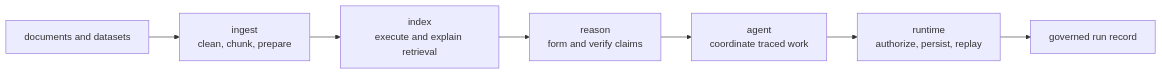
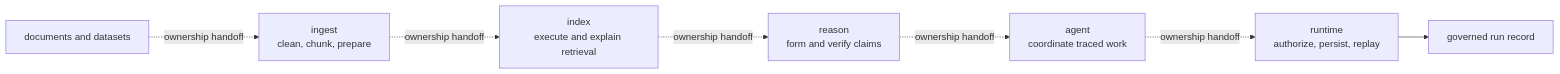
Before and after one commit to bijux/bijux-canon: the first of 2 diagrams in README.md, drawn with Mermaid. The commit also changed other lines of this file and 2 other files, not shown here.

````diff
--- a/README.md
+++ b/README.md
@@ -84,12 +84,17 @@
 ```mermaid
 flowchart LR
     source["documents and datasets"]
     ingest["ingest<br/>clean, chunk, prepare"]
     index["index<br/>execute and explain retrieval"]
     reason["reason<br/>form and verify claims"]
     agent["agent<br/>coordinate traced work"]
     runtime["runtime<br/>authorize, persist, replay"]
     record["governed run record"]
 
-    source --> ingest --> index --> reason --> agent --> runtime --> record
+    source -. ownership handoff .-> ingest
+    ingest -. ownership handoff .-> index
+    index -. ownership handoff .-> reason
+    reason -. ownership handoff .-> agent
+    agent -. ownership handoff .-> runtime
+    runtime --> record
 ```
````
